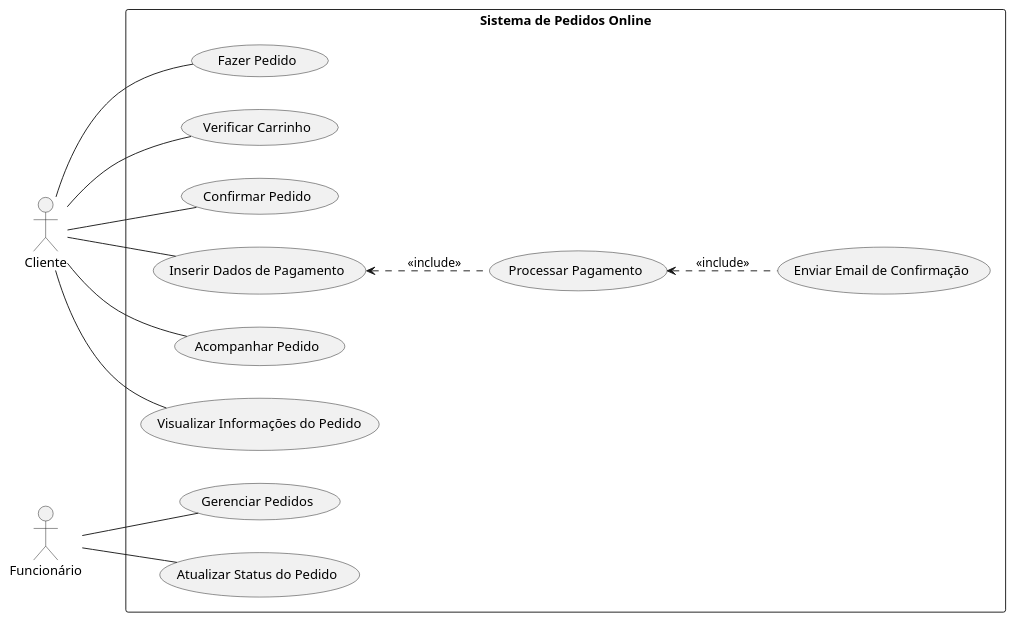
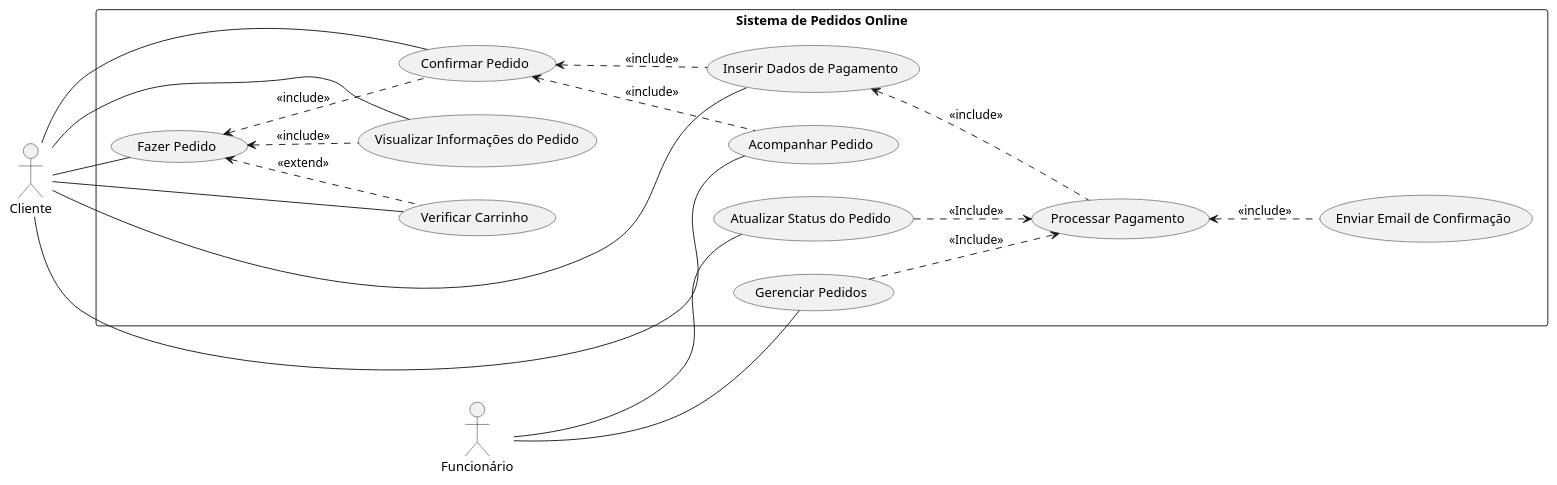
One commit to willianBinda/engenharia-2 changed the diagram in Avaliacao_A1/usecase.puml. Above: the diagram before and after it, drawn with PlantUML.

Commit message:
Adicionando include, extends

```diff
--- a/Avaliacao_A1/usecase.puml
+++ b/Avaliacao_A1/usecase.puml
@@ -1,33 +1,40 @@
 @startuml will
 
 left to right direction
 skinparam packageStyle rectangle
 
 actor Cliente
 actor Funcionário
 
 rectangle "Sistema de Pedidos Online" {
   usecase "Fazer Pedido" as UC1
   usecase "Verificar Carrinho" as UC2
   usecase "Confirmar Pedido" as UC3
   usecase "Inserir Dados de Pagamento" as UC4
   usecase "Processar Pagamento" as UC5
   usecase "Enviar Email de Confirmação" as UC6
   usecase "Acompanhar Pedido" as UC7
   usecase "Gerenciar Pedidos" as UC8
   usecase "Visualizar Informações do Pedido" as UC9
   usecase "Atualizar Status do Pedido" as UC10
 
   Cliente -- UC1
+  UC1 <.. UC2: <<extend>>
+  UC1 <.. UC9: <<include>>
+  UC1 <.. UC3: <<include>>
+  UC3 <.. UC7: <<include>>
+  UC3 <.. UC4: <<include>>
   Cliente -- UC2 
   Cliente -- UC3 
   Cliente -- UC4 
   UC4 <.. UC5: <<include>>
   UC5 <.. UC6: <<include>>
   Cliente -- UC7
   Cliente -- UC9
   Funcionário -- UC8
   Funcionário -- UC10
+  UC10 ..> UC5: <<Include>> 
+  UC8 ..> UC5: <<Include>> 
 }
 
 @enduml
```
